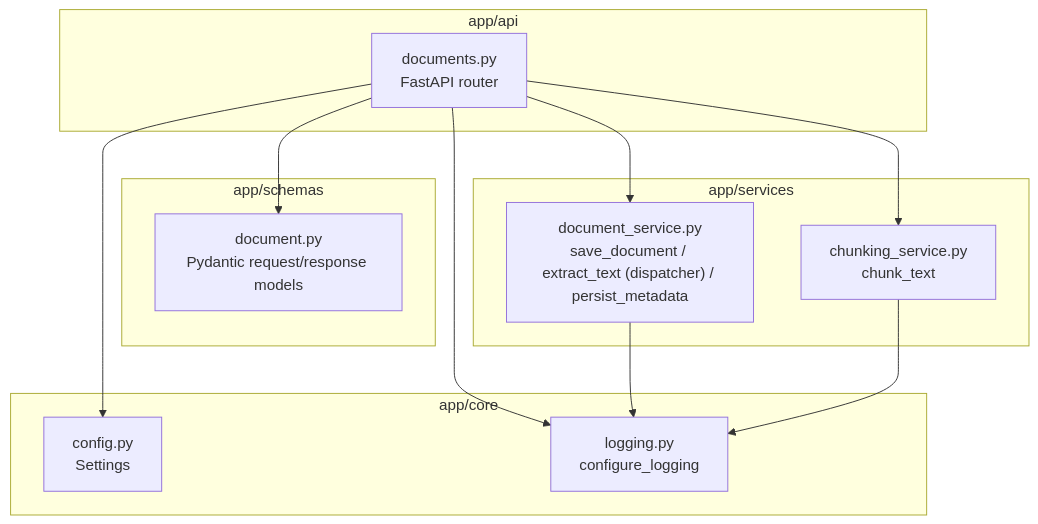
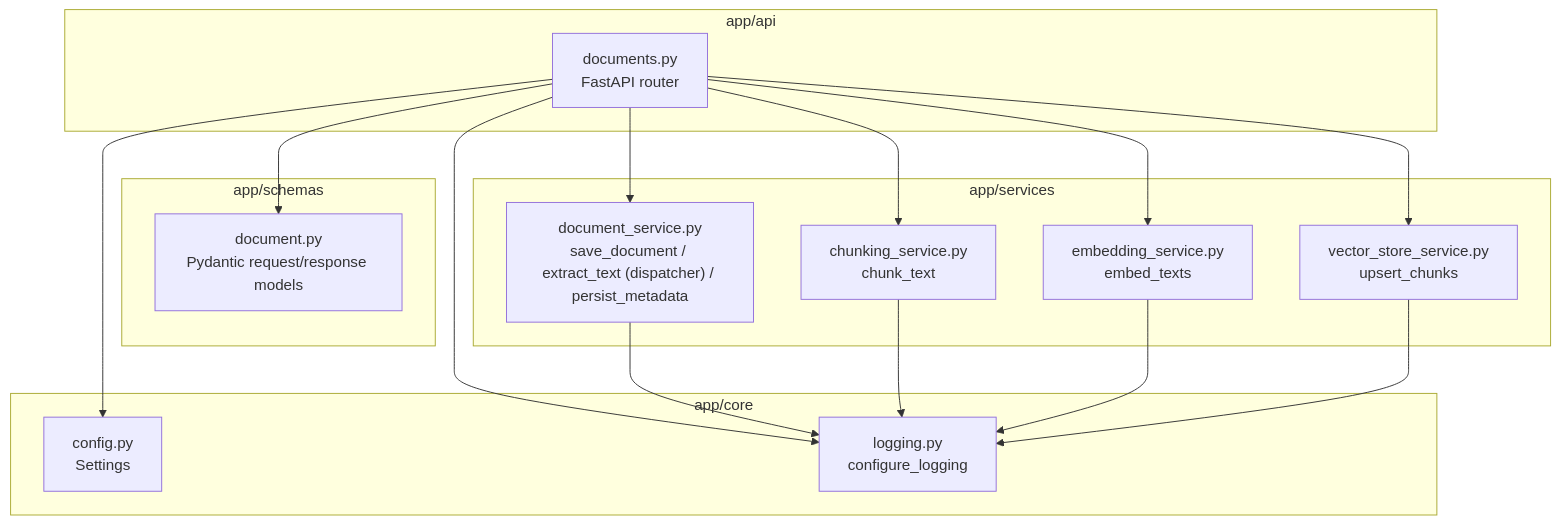
Before and after one commit to NavdeepTU/KnowledgeHub_AI: the first of 2 diagrams in docs/ARCHITECTURE.md, drawn with Mermaid. The commit also changed other lines of this file and 4 other files, not shown here.

````diff
--- a/docs/ARCHITECTURE.md
+++ b/docs/ARCHITECTURE.md
@@ -14,28 +14,34 @@
 ```mermaid
 flowchart TD
     subgraph API["app/api"]
         documents["documents.py<br/>FastAPI router"]
     end
 
     subgraph Schemas["app/schemas"]
         schema["document.py<br/>Pydantic request/response models"]
     end
 
     subgraph Services["app/services"]
         service["document_service.py<br/>save_document / extract_text (dispatcher) / persist_metadata"]
         chunking["chunking_service.py<br/>chunk_text"]
+        embedding["embedding_service.py<br/>embed_texts"]
+        vectorstore["vector_store_service.py<br/>upsert_chunks"]
     end
 
     subgraph Core["app/core"]
         config["config.py<br/>Settings"]
         logging_["logging.py<br/>configure_logging"]
     end
 
     documents --> schema
     documents --> service
     documents --> chunking
+    documents --> embedding
+    documents --> vectorstore
     documents --> config
     documents --> logging_
     service --> logging_
     chunking --> logging_
+    embedding --> logging_
+    vectorstore --> logging_
 ```
````
